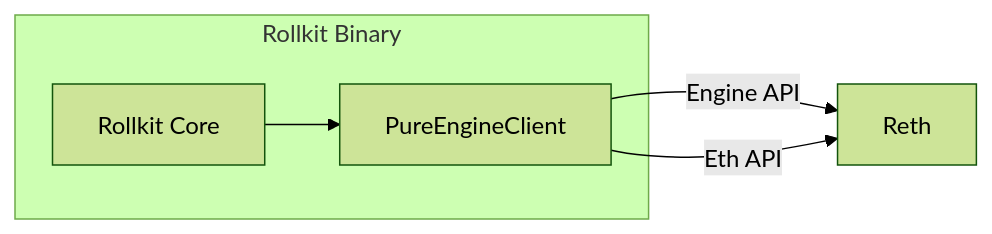
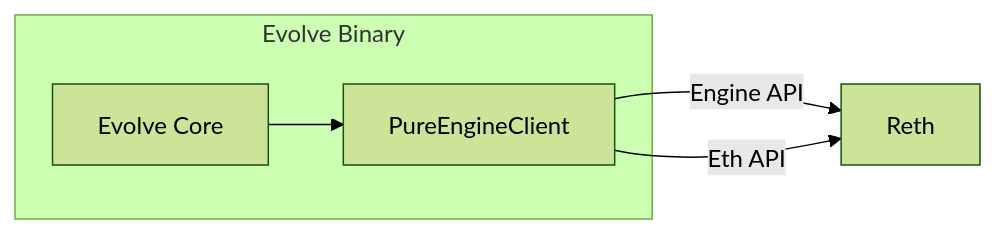
One commit to evstack/ev-node changed the diagram in execution/evm/README.md. Above: the diagram before and after it, drawn with Mermaid (forest theme). The commit also changed other lines of this file and 77 other files, not shown here.

````diff
--- a/execution/evm/README.md
+++ b/execution/evm/README.md
@@ -90,13 +90,13 @@
 ```mermaid
 graph LR
-    subgraph Rollkit Binary
-        RollkitCore[Rollkit Core]
+    subgraph Evolve Binary
+        EvolveCore[Evolve Core]
         PureEngineClient[PureEngineClient]
     end
 
     %% Connections
-    RollkitCore --> PureEngineClient
+    EvolveCore --> PureEngineClient
     PureEngineClient -->|Engine API| Reth
     PureEngineClient -->|Eth API| Reth
 
 ```
````
